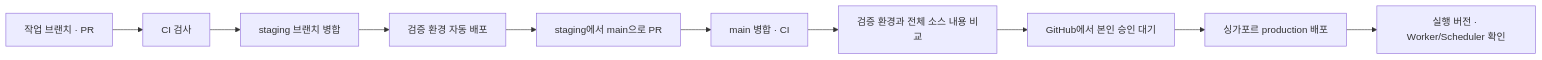
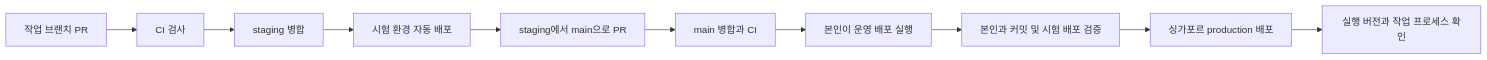
The second of 2 diagrams in docs/04b-railway-scalable-architecture.md (leemyeongjun11/customer-work-crm), drawn with Mermaid before and after one commit. The commit also changed other lines of this file and 17 other files, not shown here.

Commit message:
Require owner-initiated production deployment after verified staging

````diff
--- a/docs/04b-railway-scalable-architecture.md
+++ b/docs/04b-railway-scalable-architecture.md
@@ -213,12 +215,12 @@
 ```mermaid
 flowchart LR
-    PR[작업 브랜치 · PR] --> CI[CI 검사]
-    CI --> STB[staging 브랜치 병합]
-    STB --> ST[검증 환경 자동 배포]
+    PR[작업 브랜치 PR] --> CI[CI 검사]
+    CI --> STB[staging 병합]
+    STB --> ST[시험 환경 자동 배포]
     ST --> MP[staging에서 main으로 PR]
-    MP --> MAIN[main 병합 · CI]
-    MAIN --> SAME[검증 환경과 전체 소스 내용 비교]
-    SAME --> APPROVE[GitHub에서 본인 승인 대기]
-    APPROVE --> PROD[싱가포르 production 배포]
-    PROD --> CHECK[실행 버전 · Worker/Scheduler 확인]
+    MP --> MAIN[main 병합과 CI]
+    MAIN --> MANUAL[본인이 운영 배포 실행]
+    MANUAL --> VERIFY[본인과 커밋 및 시험 배포 검증]
+    VERIFY --> PROD[싱가포르 production 배포]
+    PROD --> CHECK[실행 버전과 작업 프로세스 확인]
 ```
````
